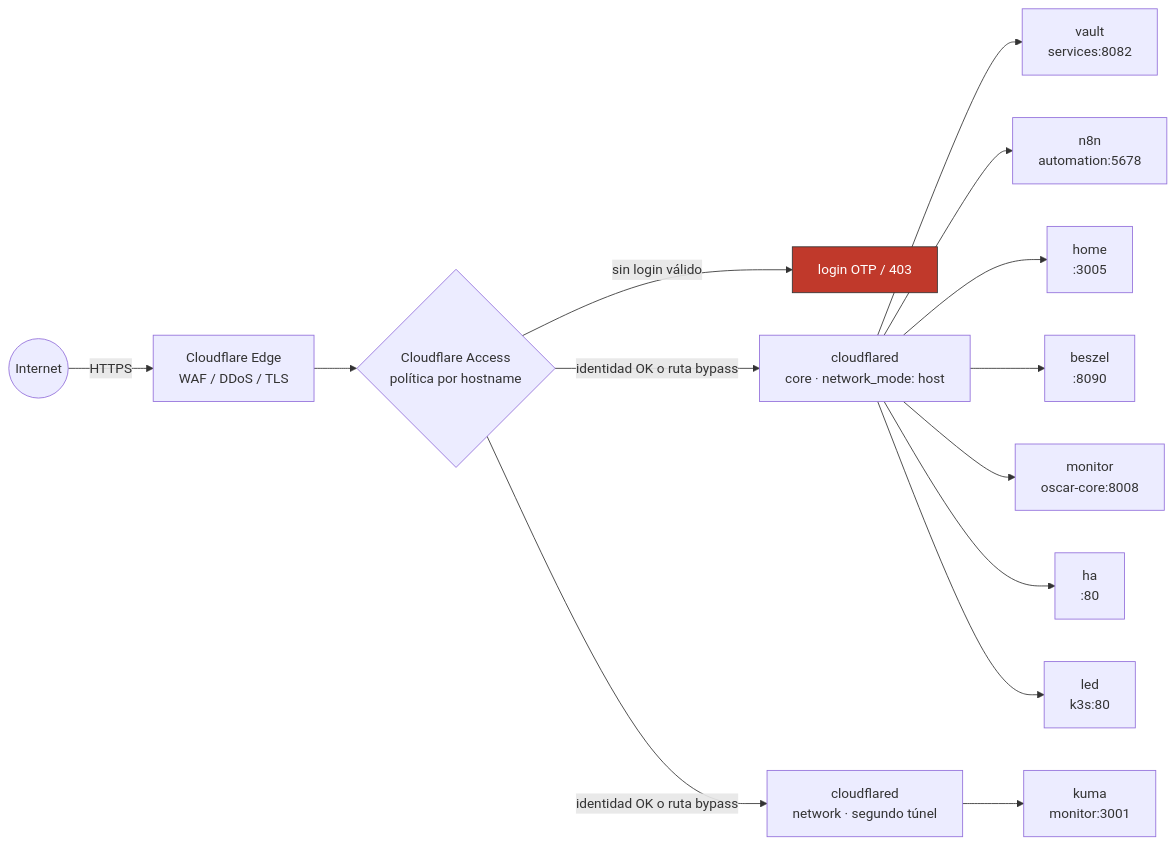
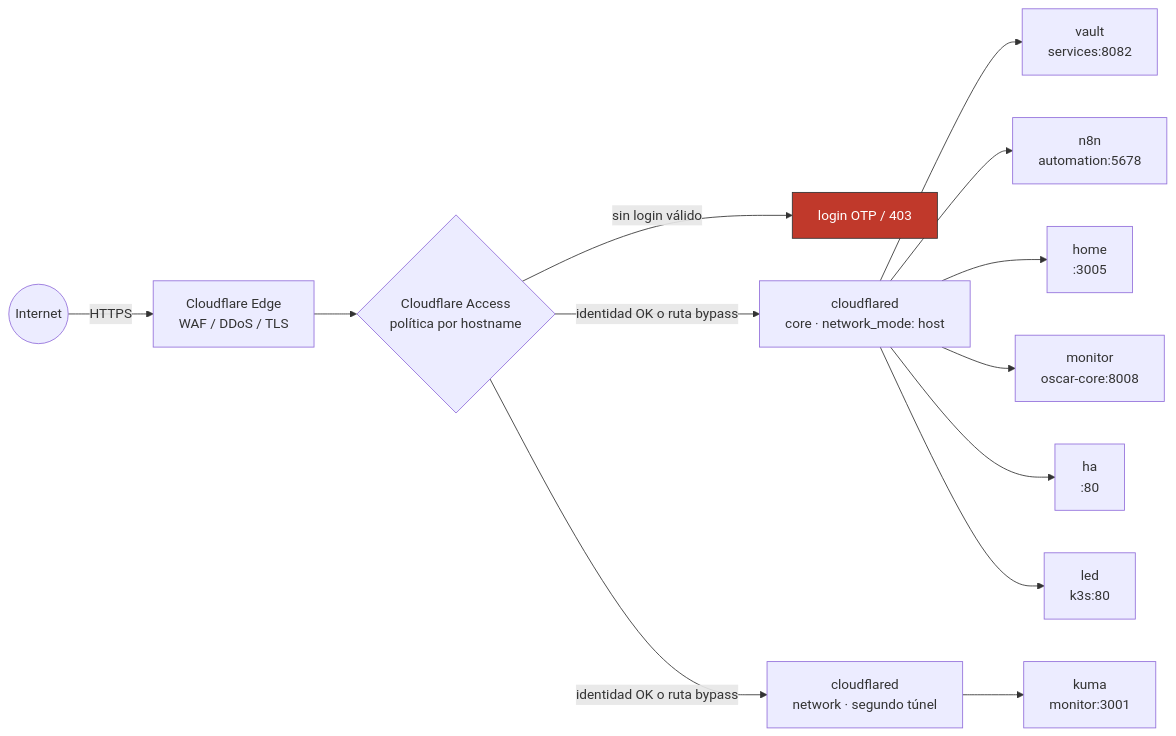
Before and after one commit to rudemex/oscar-homelab: the first of 2 diagrams in docs/servicios/cloudflare-tunnel.md, drawn with Mermaid. The commit also changed other lines of this file and 16 other files, not shown here.

````diff
--- a/docs/servicios/cloudflare-tunnel.md
+++ b/docs/servicios/cloudflare-tunnel.md
@@ -22,19 +22,18 @@
 ```mermaid
 flowchart LR
   INTERNET((Internet)) -->|HTTPS| EDGE[Cloudflare Edge<br/>WAF / DDoS / TLS]
   EDGE --> ACCESS{Cloudflare Access<br/>política por hostname}
   ACCESS -->|sin login válido| DENY[login OTP / 403]
   ACCESS -->|identidad OK o ruta bypass| TUNNEL[cloudflared<br/>core · network_mode: host]
   TUNNEL --> VAULT["vault<br/>services:8082"]
   TUNNEL --> N8N["n8n<br/>automation:5678"]
   TUNNEL --> HOME["home<br/>:3005"]
-  TUNNEL --> BESZEL["beszel<br/>:8090"]
   TUNNEL --> MONITOR["monitor<br/>oscar-core:8008"]
   TUNNEL --> HA["ha<br/>:80"]
   TUNNEL --> LED["led<br/>k3s:80"]
   ACCESS -->|identidad OK o ruta bypass| TUNNEL2[cloudflared<br/>network · segundo túnel]
   TUNNEL2 --> KUMA["kuma<br/>monitor:3001"]
 
   classDef deny fill:#c0392b,stroke:#333,color:#fff;
   class DENY deny
 ```
````
